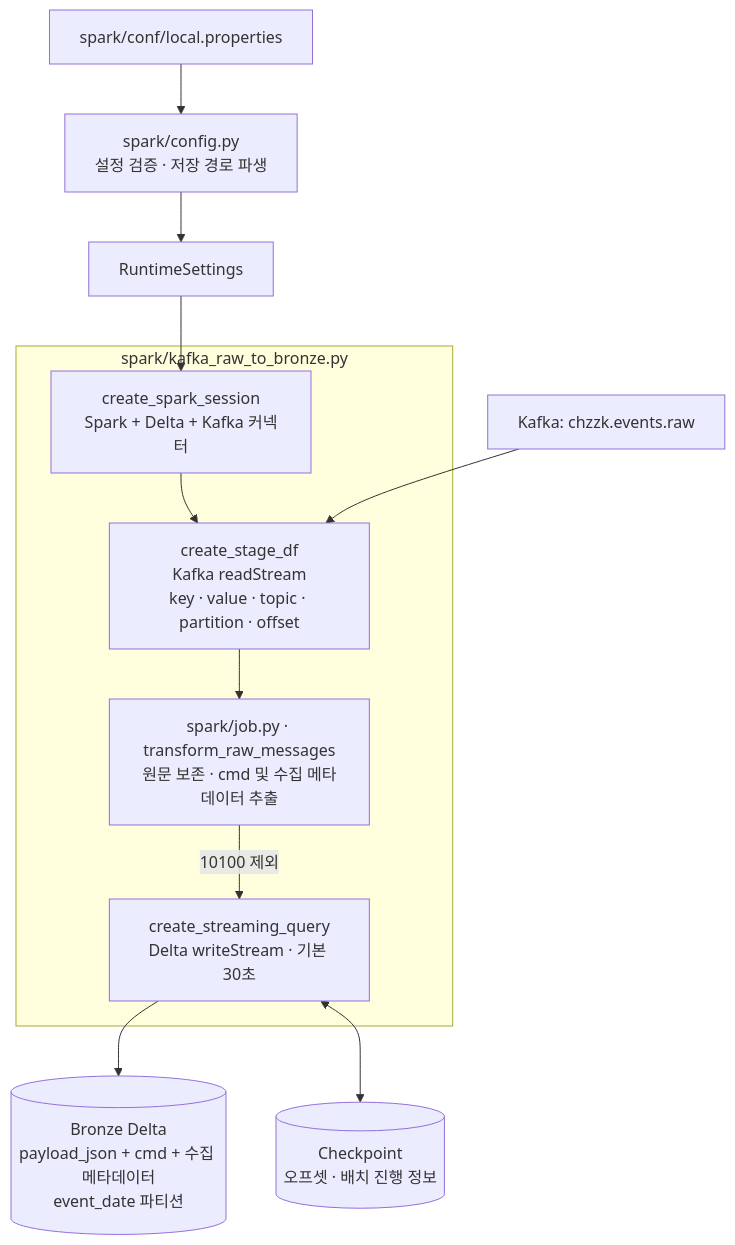
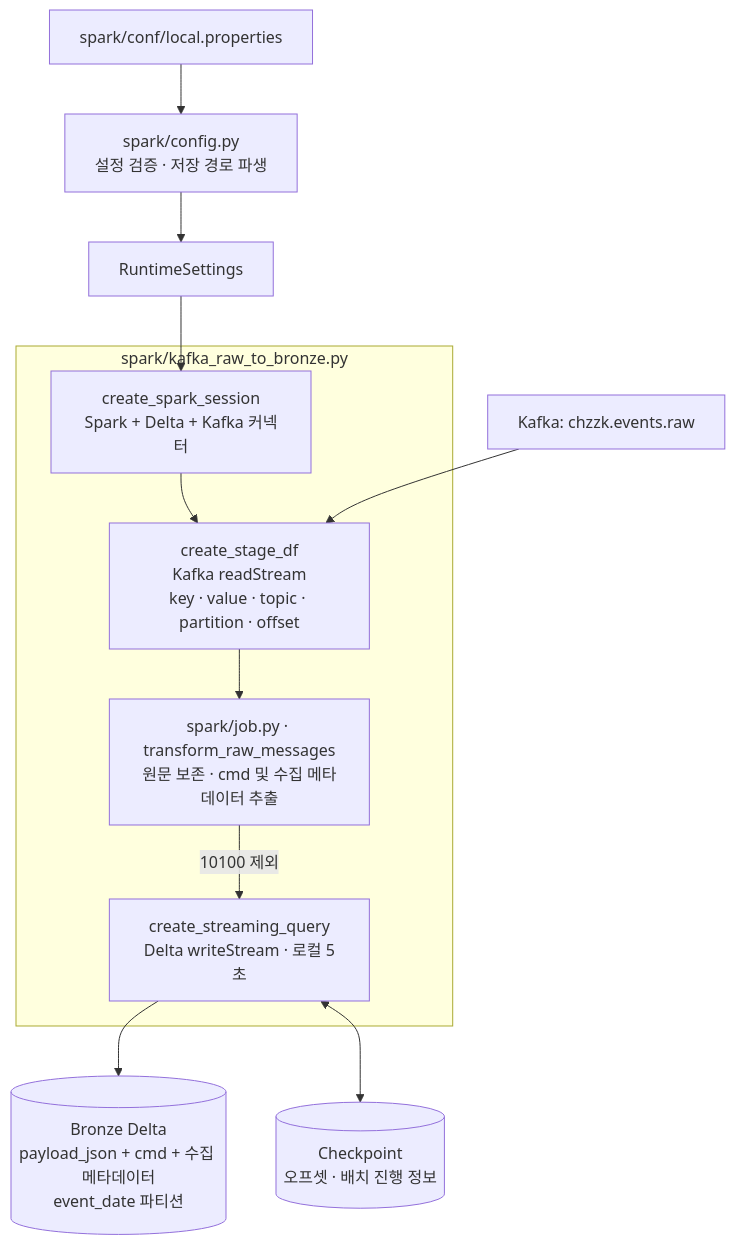
One commit to Recklehs/chzzk-chat-pipeline changed the third of 3 diagrams in docs/architecture.md. Above: the diagram before and after it, drawn with Mermaid. The commit also changed other lines of this file and 4 other files, not shown here.

````diff
--- a/docs/architecture.md
+++ b/docs/architecture.md
@@ -104,20 +109,20 @@
 ```mermaid
 flowchart TB
     PROP["spark/conf/local.properties"] --> CFG["spark/config.py<br/>설정 검증 · 저장 경로 파생"]
     CFG --> SETTINGS["RuntimeSettings"]
 
     subgraph JOB["spark/kafka_raw_to_bronze.py"]
         SESSION["create_spark_session<br/>Spark + Delta + Kafka 커넥터"]
         SOURCE["create_stage_df<br/>Kafka readStream<br/>key · value · topic · partition · offset"]
-        QUERY["create_streaming_query<br/>Delta writeStream · 기본 30초"]
+        QUERY["create_streaming_query<br/>Delta writeStream · 로컬 5초"]
         FRAMES["spark/job.py · transform_raw_messages<br/>원문 보존 · cmd 및 수집 메타데이터 추출"]
     end
 
     SETTINGS --> SESSION
     SESSION --> SOURCE
     KAFKA["Kafka: chzzk.events.raw"] --> SOURCE
     SOURCE --> FRAMES
     FRAMES -->|"10100 제외"| QUERY
     QUERY --> BR[("Bronze Delta<br/>payload_json + cmd + 수집 메타데이터<br/>event_date 파티션")]
     QUERY <--> CP[("Checkpoint<br/>오프셋 · 배치 진행 정보")]
 ```
````
